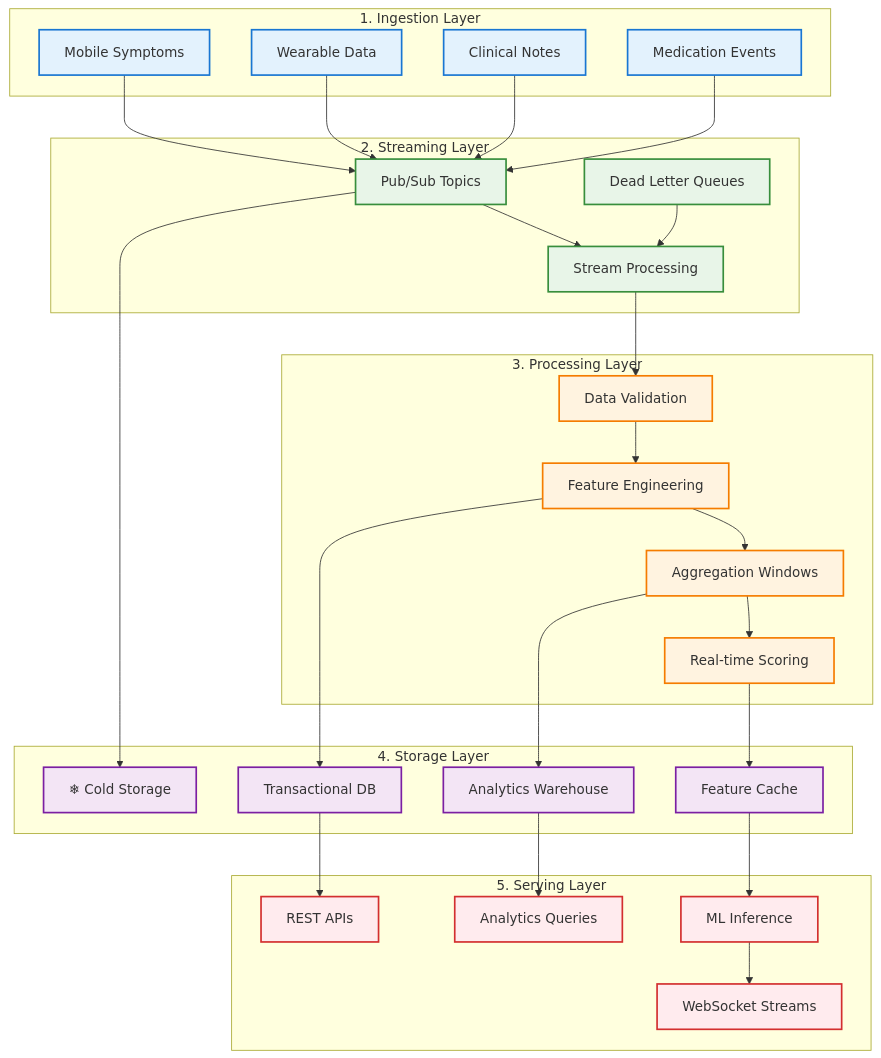
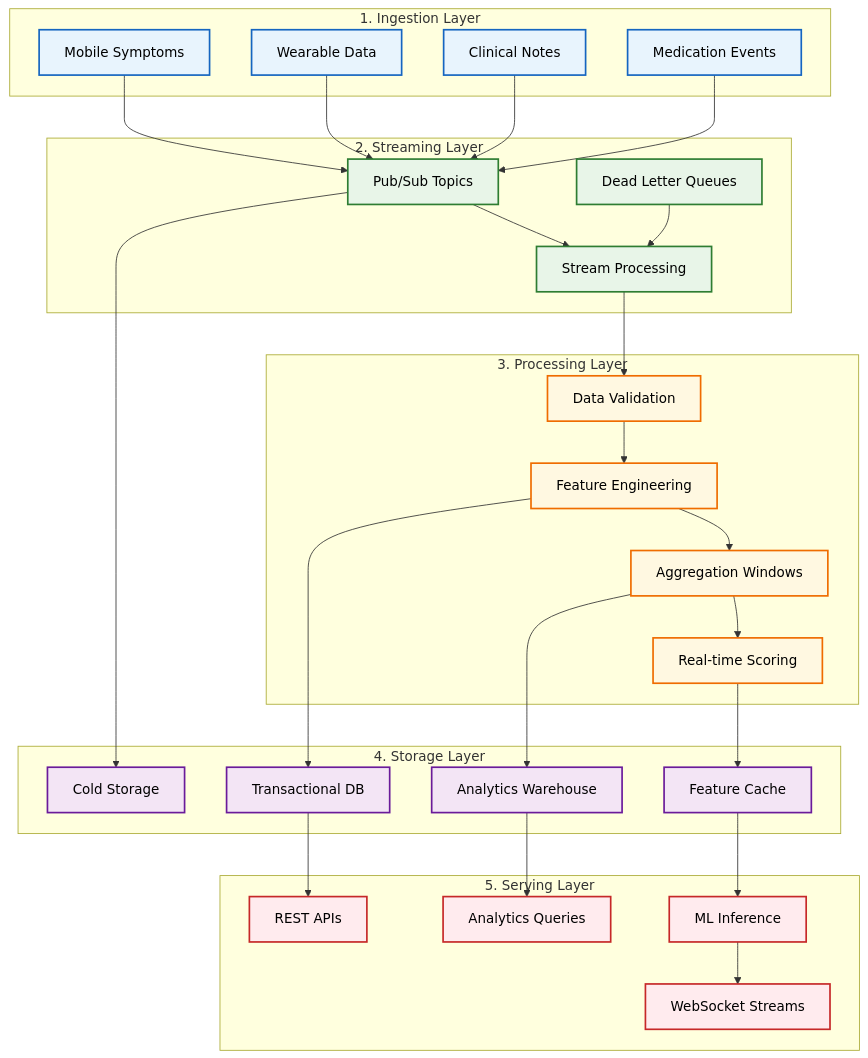
The third of 11 diagrams in docs/ARCHITECTURE.md (PriscillaOng12/Aegis), drawn with Mermaid before and after one commit. The commit also changed other lines of this file, not shown here.

````diff
--- a/docs/ARCHITECTURE.md
+++ b/docs/ARCHITECTURE.md
@@ -154,71 +154,71 @@
 ```mermaid
 graph TD
     subgraph "1. Ingestion Layer"
-        A1[ Mobile Symptoms]
-        A2[ Wearable Data]
-        A3[ Clinical Notes]
-        A4[ Medication Events]
+        A1[Mobile Symptoms]
+        A2[Wearable Data]
+        A3[Clinical Notes]
+        A4[Medication Events]
     end
     
     subgraph "2. Streaming Layer"
-        B1[ Pub/Sub Topics]
-        B2[ Dead Letter Queues]
-        B3[ Stream Processing]
+        B1[Pub/Sub Topics]
+        B2[Dead Letter Queues]
+        B3[Stream Processing]
     end
     
     subgraph "3. Processing Layer"
-        C1[ Data Validation]
-        C2[ Feature Engineering]
-        C3[ Aggregation Windows]
-        C4[ Real-time Scoring]
+        C1[Data Validation]
+        C2[Feature Engineering]
+        C3[Aggregation Windows]
+        C4[Real-time Scoring]
     end
     
     subgraph "4. Storage Layer"
         D1[Transactional DB]
-        D2[ Analytics Warehouse]
-        D3[❄ Cold Storage]
-        D4[ Feature Cache]
+        D2[Analytics Warehouse]
+        D3[Cold Storage]
+        D4[Feature Cache]
     end
     
     subgraph "5. Serving Layer"
-        E1[ REST APIs]
-        E2[ WebSocket Streams]
-        E3[ ML Inference]
-        E4[ Analytics Queries]
+        E1[REST APIs]
+        E2[WebSocket Streams]
+        E3[ML Inference]
+        E4[Analytics Queries]
     end
     
     A1 --> B1
     A2 --> B1
     A3 --> B1
     A4 --> B1
     
     B1 --> B3
     B2 --> B3
     
     B3 --> C1
     C1 --> C2
     C2 --> C3
     C3 --> C4
     
     C2 --> D1
     C3 --> D2
     C4 --> D4
     B1 --> D3
     
     D1 --> E1
     D2 --> E4
     D4 --> E3
     E3 --> E2
     
-    classDef ingestion fill:#E3F2FD,stroke:#1976D2,stroke-width:2px
-    classDef streaming fill:#E8F5E8,stroke:#388E3C,stroke-width:2px
-    classDef processing fill:#FFF3E0,stroke:#F57C00,stroke-width:2px
-    classDef storage fill:#F3E5F5,stroke:#7B1FA2,stroke-width:2px
-    classDef serving fill:#FFEBEE,stroke:#D32F2F,stroke-width:2px
+    classDef ingestion fill:#E8F4FD,stroke:#1565C0,stroke-width:2px,color:#000000
+    classDef streaming fill:#E8F5E8,stroke:#2E7D32,stroke-width:2px,color:#000000
+    classDef processing fill:#FFF8E1,stroke:#EF6C00,stroke-width:2px,color:#000000
+    classDef storage fill:#F3E5F5,stroke:#6A1B9A,stroke-width:2px,color:#000000
+    classDef serving fill:#FFEBEE,stroke:#C62828,stroke-width:2px,color:#000000
     
     class A1,A2,A3,A4 ingestion
     class B1,B2,B3 streaming
     class C1,C2,C3,C4 processing
     class D1,D2,D3,D4 storage
     class E1,E2,E3,E4 serving
 ```
````
